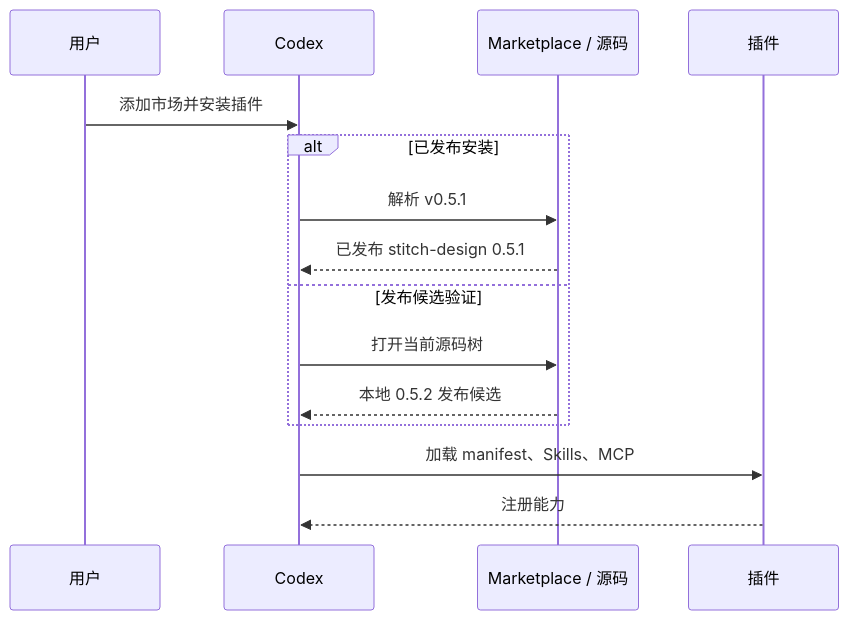
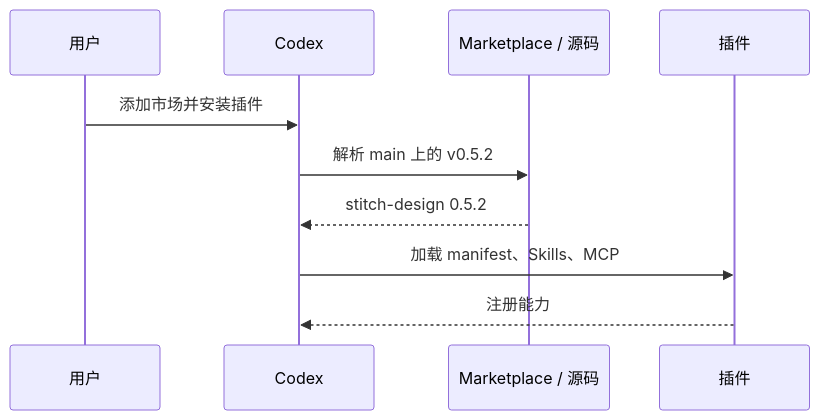
The seventh of 11 diagrams in docs/Stitch-Design-Architecture.zh_CN.md (full-stack-plugins/stitch-design-plugin), drawn with Mermaid before and after one commit. The commit also changed other lines of this file and 6 other files, not shown here.

Commit message:
docs: finalize Stitch Design 0.5.2 release status

````diff
--- a/docs/Stitch-Design-Architecture.zh_CN.md
+++ b/docs/Stitch-Design-Architecture.zh_CN.md
@@ -158,17 +158,12 @@
 ```mermaid
 sequenceDiagram
     participant U as 用户
     participant C as Codex
     participant M as Marketplace / 源码
     participant P as 插件
     U->>C: 添加市场并安装插件
-    alt 已发布安装
-        C->>M: 解析 v0.5.1
-        M-->>C: 已发布 stitch-design 0.5.1
-    else 发布候选验证
-        C->>M: 打开当前源码树
-        M-->>C: 本地 0.5.2 发布候选
-    end
+    C->>M: 解析 main 上的 v0.5.2
+    M-->>C: stitch-design 0.5.2
     C->>P: 加载 manifest、Skills、MCP
     P-->>C: 注册能力
 ```
````
